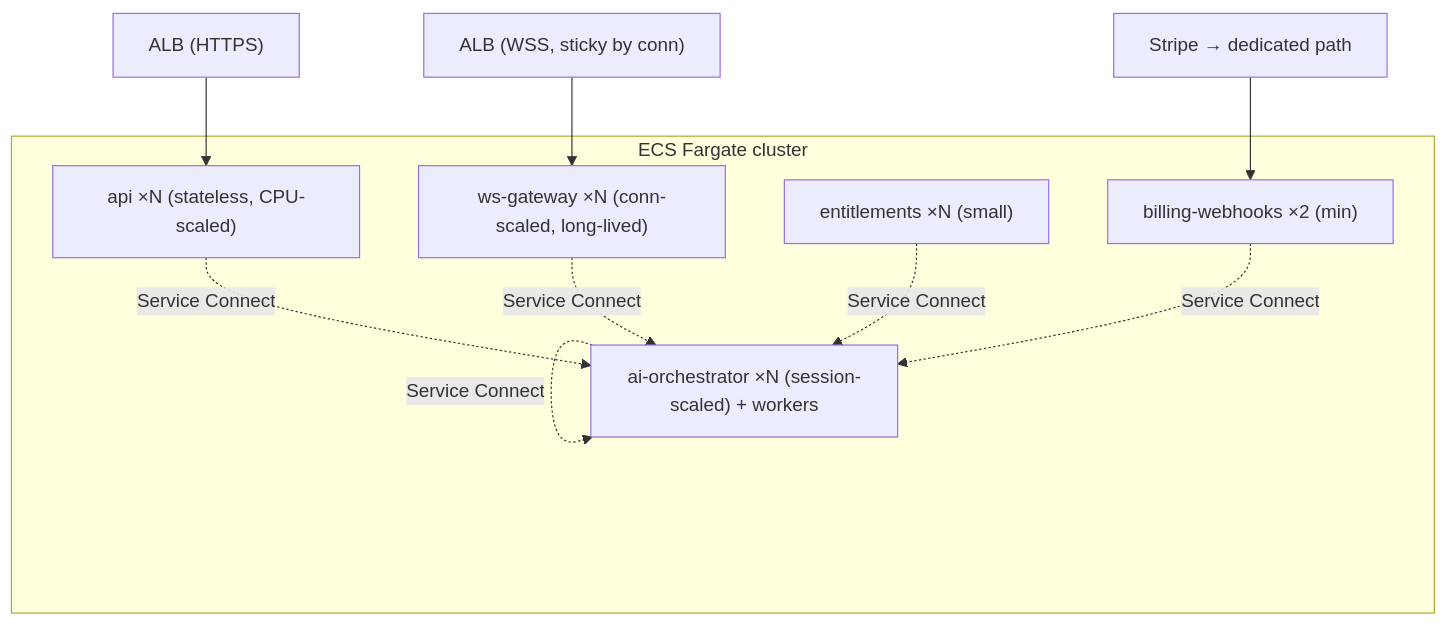
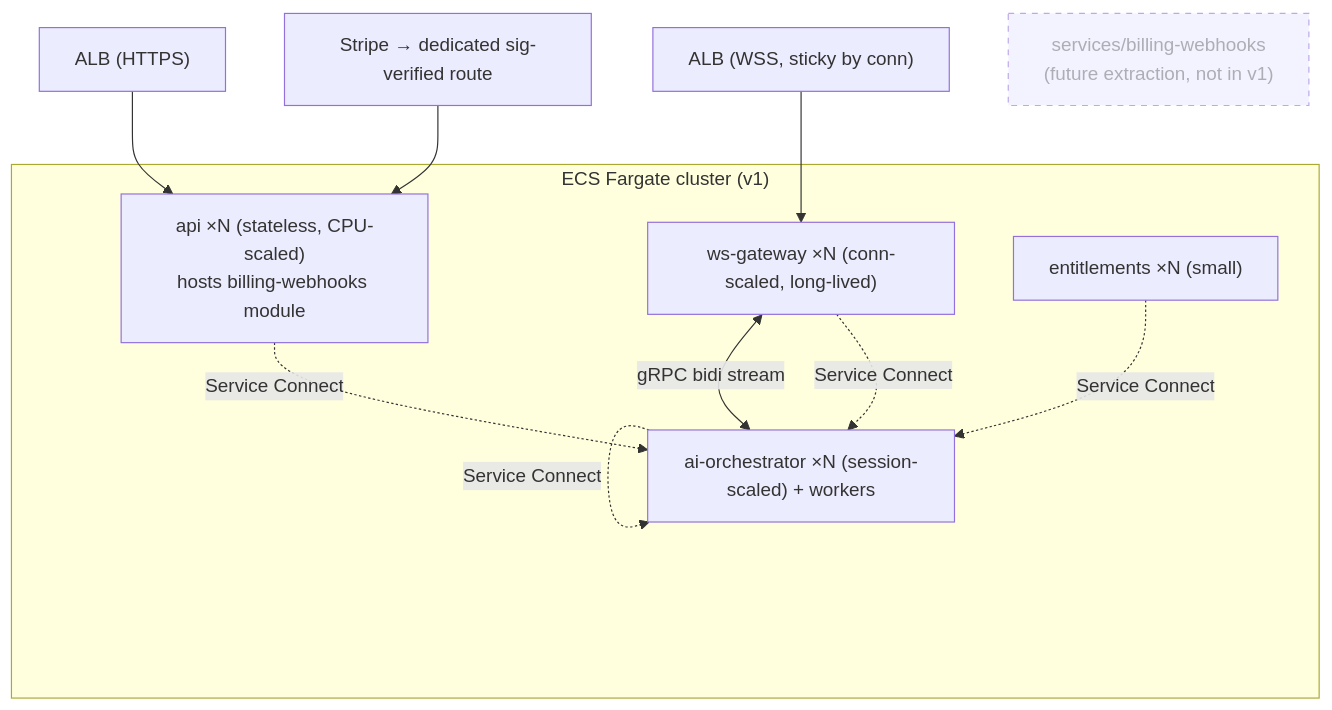
One commit to DarwinCamahalan/meeting-note-taker-ai changed the fifth of 5 diagrams in docs/20-backend-services.md. Above: the diagram before and after it, drawn with Mermaid. The commit also changed other lines of this file and 11 other files, not shown here.

````diff
--- a/docs/20-backend-services.md
+++ b/docs/20-backend-services.md
@@ -516,14 +519,16 @@
 ```mermaid
 flowchart TB
     alb["ALB (HTTPS)"] --> api
     nlb["ALB (WSS, sticky by conn)"] --> ws
-    stripeEdge["Stripe → dedicated path"] --> bw
-    subgraph fargate["ECS Fargate cluster"]
-        api["api ×N (stateless, CPU-scaled)"]
+    stripeEdge["Stripe → dedicated sig-verified route"] --> api
+    subgraph fargate["ECS Fargate cluster (v1)"]
+        api["api ×N (stateless, CPU-scaled)<br/>hosts billing-webhooks module"]
         ws["ws-gateway ×N (conn-scaled, long-lived)"]
         ai["ai-orchestrator ×N (session-scaled) + workers"]
         ent["entitlements ×N (small)"]
-        bw["billing-webhooks ×2 (min)"]
     end
-    api & ws & ai & ent & bw -.->|Service Connect| ai
+    bwFuture["services/billing-webhooks<br/>(future extraction, not in v1)"]:::future
+    ws <-->|gRPC bidi stream| ai
+    api & ws & ai & ent -.->|Service Connect| ai
+    classDef future stroke-dasharray: 5 5,opacity:0.6
 ```
````
